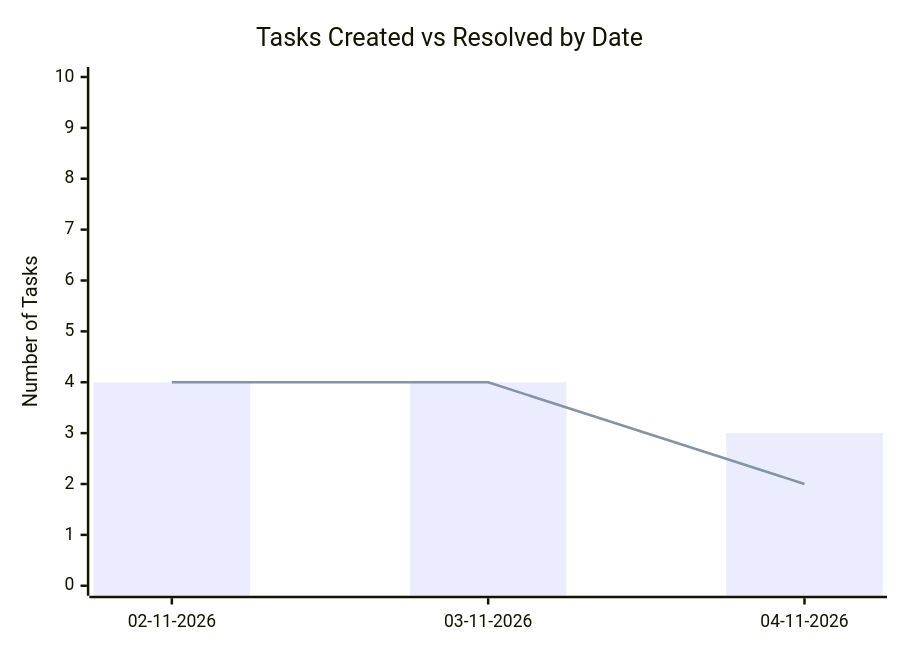
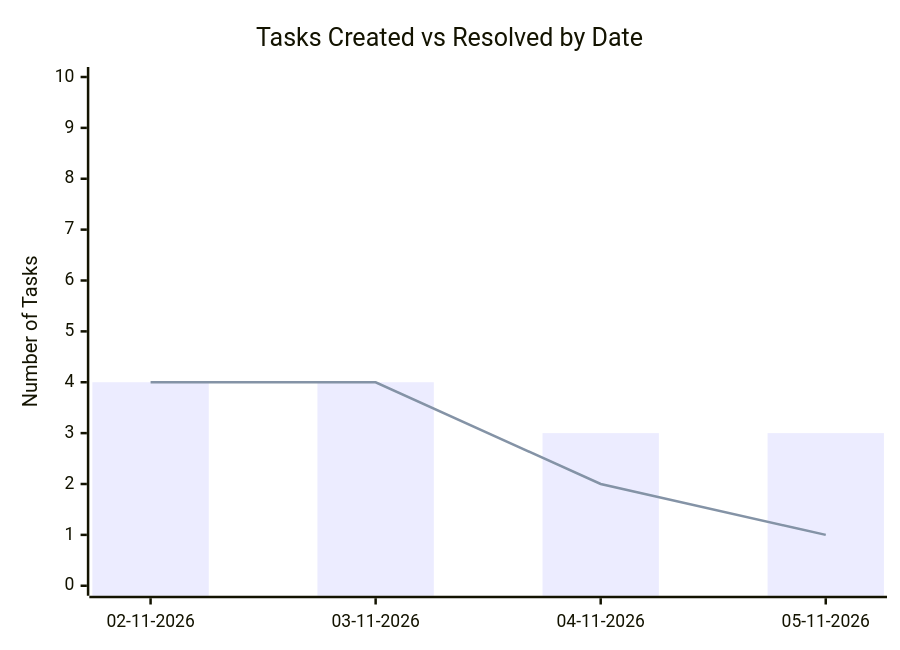
One commit to sagarms97/MyWorkDairy changed the second of 2 diagrams in Sanchay/Analytics.md. Above: the diagram before and after it, drawn with Mermaid. The commit also changed other lines of this file and 5 other files, not shown here.

````diff
--- a/Sanchay/Analytics.md
+++ b/Sanchay/Analytics.md
@@ -26,8 +27,8 @@
 ```mermaid
 xychart-beta
     title "Tasks Created vs Resolved by Date"
-    x-axis ["02-11-2026", "03-11-2026", "04-11-2026"]
+    x-axis ["02-11-2026", "03-11-2026", "04-11-2026", "05-11-2026"]
     y-axis "Number of Tasks" 0 --> 10
-    bar [4, 4, 3]
-    line [4, 4, 2]
+    bar [4, 4, 3, 3]
+    line [4, 4, 2, 1]
 ```
````
